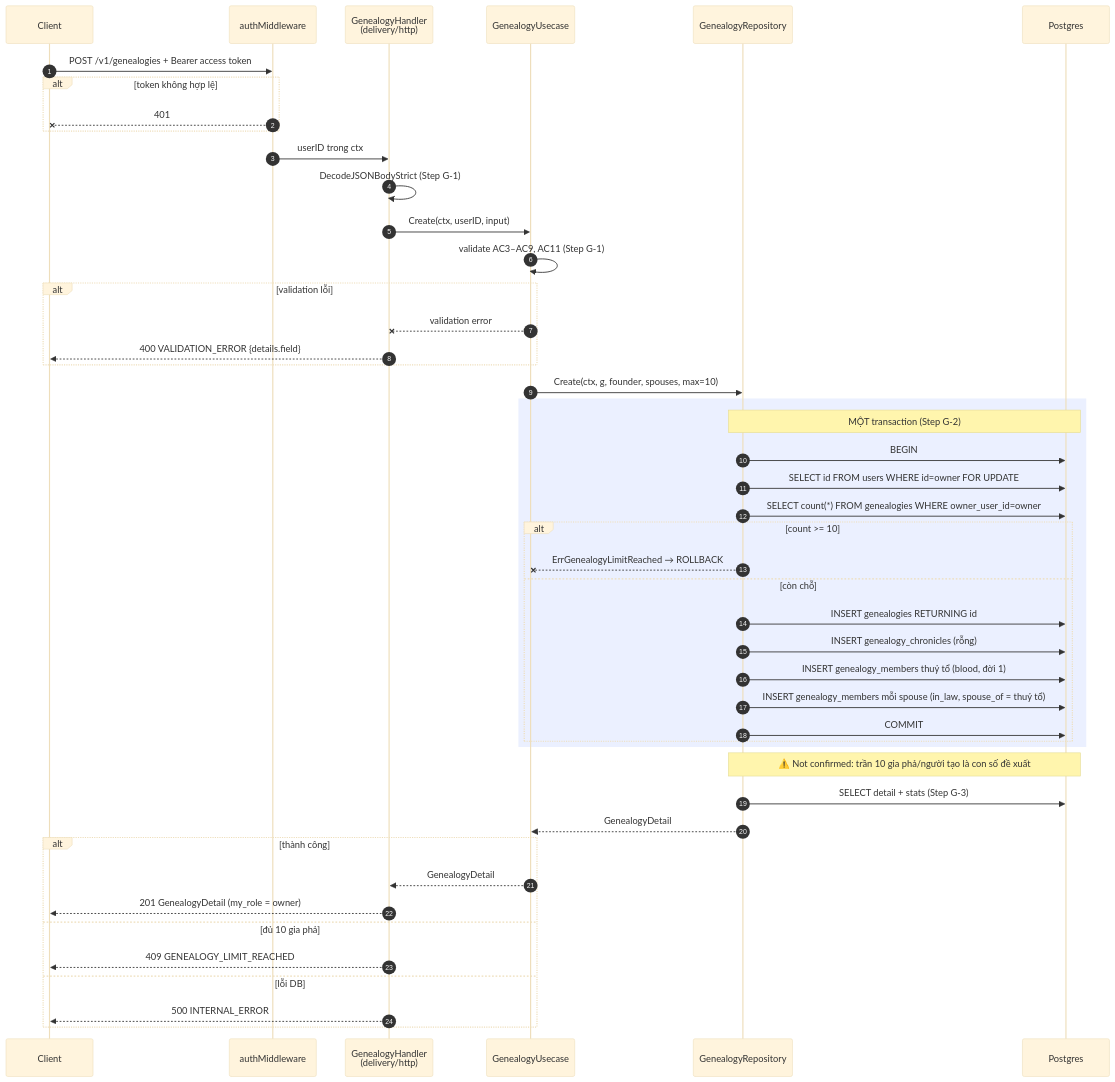
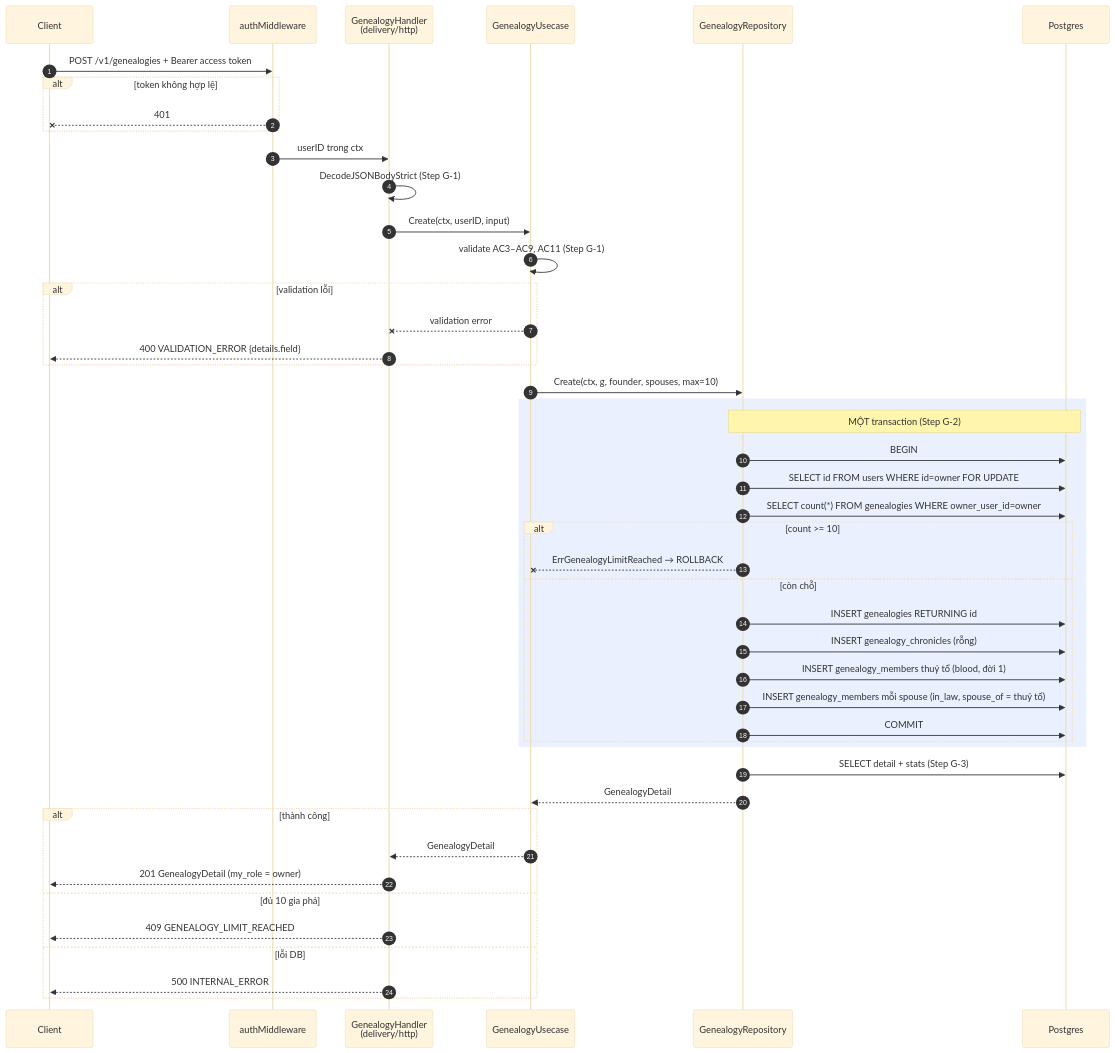
The first of 7 diagrams in docs/specs/features/genealogy/flow.md (chjpcojit/innerlamp-be), drawn with Mermaid (base theme) before and after one commit. The commit also changed other lines of this file and 128 other files, not shown here.

````diff
--- a/docs/specs/features/genealogy/flow.md
+++ b/docs/specs/features/genealogy/flow.md
@@ -14,52 +14,51 @@
 ```mermaid
 sequenceDiagram
     autonumber
     participant C as Client
     participant M as authMiddleware
     participant H as GenealogyHandler<br/>(delivery/http)
     participant U as GenealogyUsecase
     participant R as GenealogyRepository
     participant DB as Postgres
 
     C->>M: POST /v1/genealogies + Bearer access token
     alt token không hợp lệ
         M--xC: 401
     end
     M->>H: userID trong ctx
     H->>H: DecodeJSONBodyStrict (Step G-1)
     H->>U: Create(ctx, userID, input)
     U->>U: validate AC3–AC9, AC11 (Step G-1)
     alt validation lỗi
         U--xH: validation error
         H-->>C: 400 VALIDATION_ERROR {details.field}
     end
     U->>R: Create(ctx, g, founder, spouses, max=10)
 
     rect rgb(235, 240, 255)
         Note over R,DB: MỘT transaction (Step G-2)
         R->>DB: BEGIN
         R->>DB: SELECT id FROM users WHERE id=owner FOR UPDATE
         R->>DB: SELECT count(*) FROM genealogies WHERE owner_user_id=owner
         alt count >= 10
             R--xU: ErrGenealogyLimitReached → ROLLBACK
         else còn chỗ
             R->>DB: INSERT genealogies RETURNING id
             R->>DB: INSERT genealogy_chronicles (rỗng)
             R->>DB: INSERT genealogy_members thuỷ tổ (blood, đời 1)
             R->>DB: INSERT genealogy_members mỗi spouse (in_law, spouse_of = thuỷ tổ)
             R->>DB: COMMIT
         end
     end
-    Note over R,DB: ⚠️ Not confirmed: trần 10 gia phả/người tạo là con số đề xuất
 
     R->>DB: SELECT detail + stats (Step G-3)
     R-->>U: GenealogyDetail
     alt thành công
         U-->>H: GenealogyDetail
         H-->>C: 201 GenealogyDetail (my_role = owner)
     else đủ 10 gia phả
         H-->>C: 409 GENEALOGY_LIMIT_REACHED
     else lỗi DB
         H-->>C: 500 INTERNAL_ERROR
     end
 ```
````
